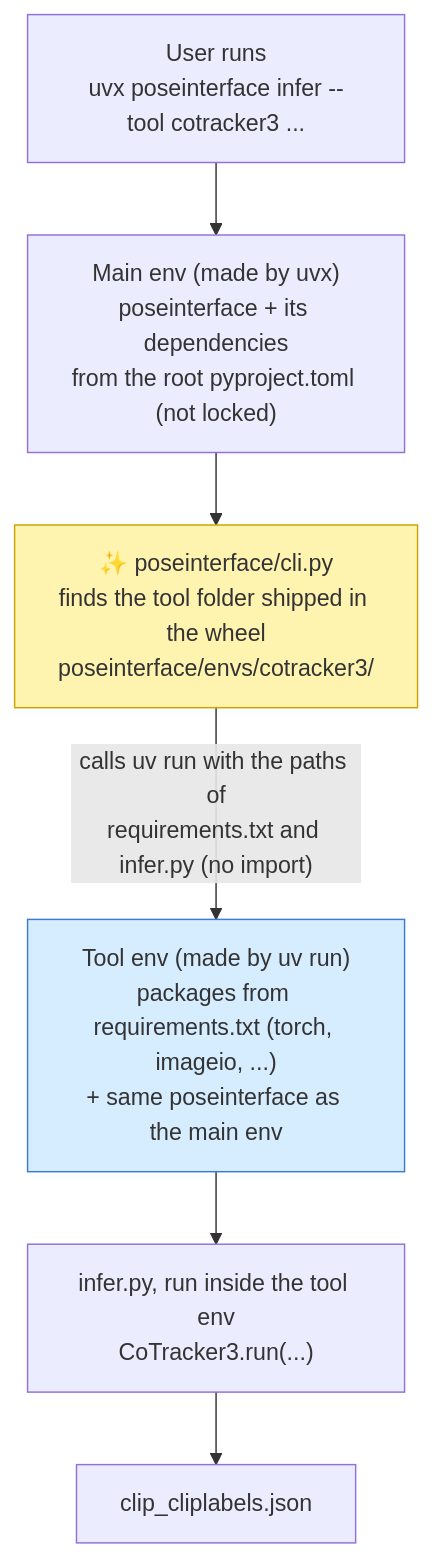
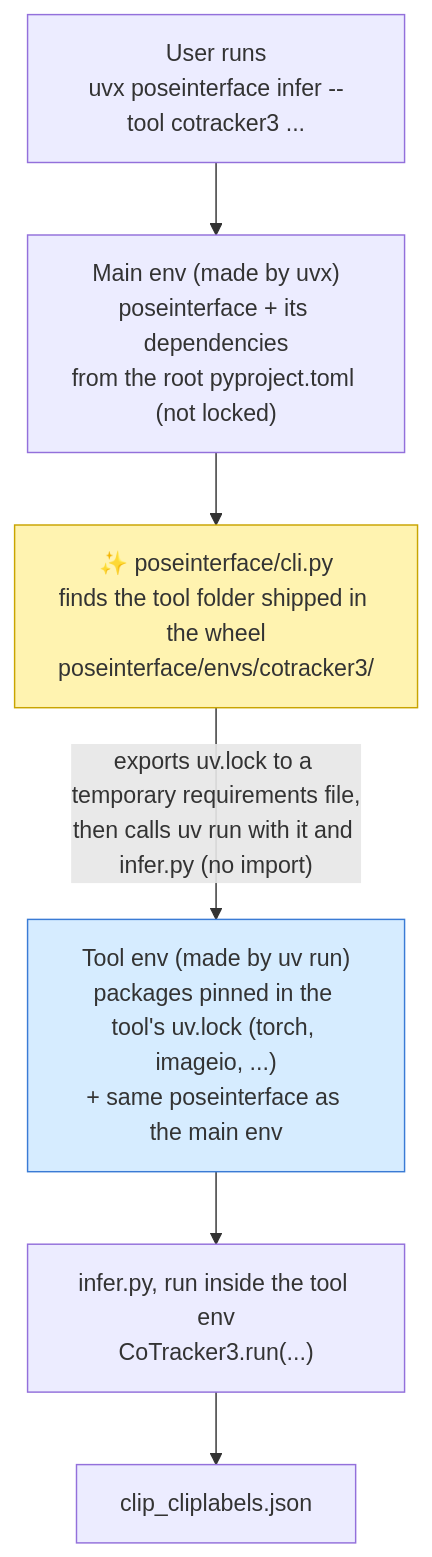
The first of 2 diagrams in proposal-uv-envs.md (neuroinformatics-unit/poseinterface), drawn with Mermaid before and after one commit. The commit also changed other lines of this file, not shown here.

````diff
--- a/proposal-uv-envs.md
+++ b/proposal-uv-envs.md
@@ -31,19 +31,19 @@
 ```mermaid
 flowchart TD
     U["User runs<br/>uvx poseinterface infer --tool cotracker3 ..."]
     M["Main env (made by uvx)<br/>poseinterface + its dependencies<br/>from the root pyproject.toml (not locked)"]
     D["✨ poseinterface/cli.py<br/>finds the tool folder shipped in the wheel<br/>poseinterface/envs/cotracker3/"]
-    T["Tool env (made by uv run)<br/>packages from requirements.txt (torch, imageio, ...)<br/>+ same poseinterface as the main env"]
+    T["Tool env (made by uv run)<br/>packages pinned in the tool's uv.lock (torch, imageio, ...)<br/>+ same poseinterface as the main env"]
     W["infer.py, run inside the tool env<br/>CoTracker3.run(...)"]
     O["clip_cliplabels.json"]
 
     U --> M --> D
-    D -->|"calls uv run with the paths of<br/>requirements.txt and infer.py (no import)"| T
+    D -->|"exports uv.lock to a temporary requirements file,<br/>then calls uv run with it and infer.py (no import)"| T
     T --> W --> O
 
     style D fill:#fff3b0,stroke:#c9a400
     style T fill:#d6ecff,stroke:#3a7bd5
 
     click D href "https://github.com/neuroinformatics-unit/poseinterface/blob/envs-management/poseinterface" _blank
     click W href "https://github.com/neuroinformatics-unit/poseinterface/blob/envs-management/envs/cotracker3/infer.py#L103" _blank
 ```
````
